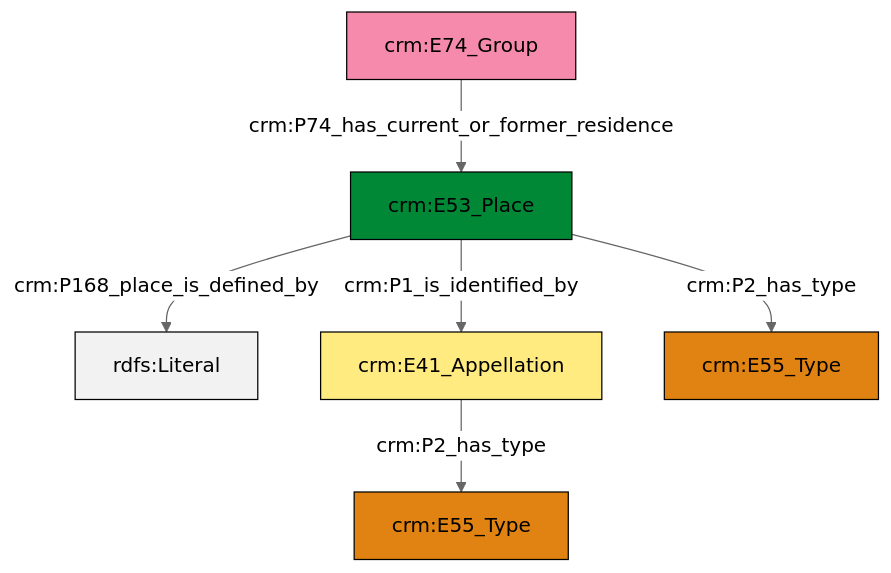
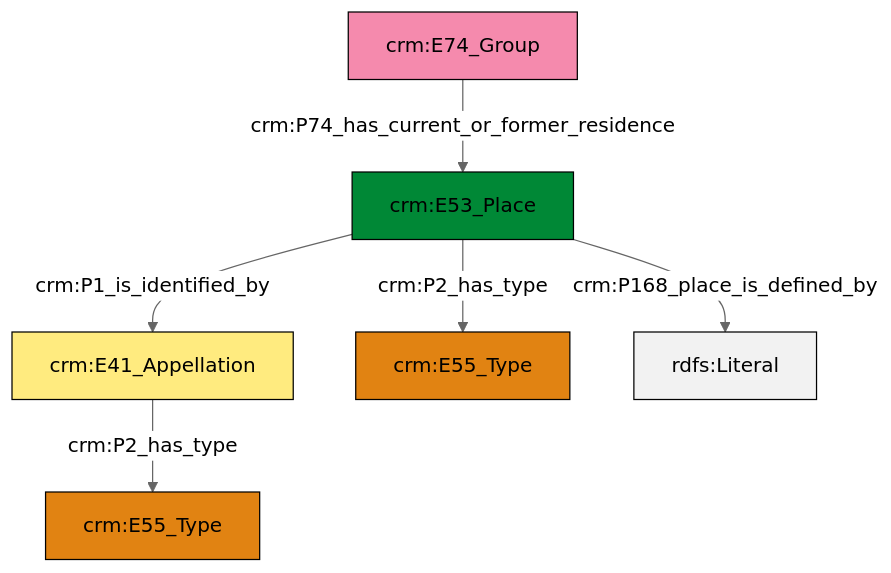
Before and after one commit to swiss-art-research-net/reference-data-models: the diagram in et/groupCSV/ttl/mmd/group_location.ttl.mmd, drawn with Mermaid (neutral theme). The commit also changed 123 other files, not shown here.

```diff
--- a/et/groupCSV/ttl/mmd/group_location.ttl.mmd
+++ b/et/groupCSV/ttl/mmd/group_location.ttl.mmd
@@ -1,20 +1,20 @@
 graph TD
 classDef Literal fill:#f2f2f2,stroke:#000000;
 classDef CRM_Entity fill:#FFFFFF,stroke:#000000;
 classDef Temporal_Entity fill:#00C9E6, stroke:#000000;
 classDef Type fill:#E18312, stroke:#000000;
 classDef Time-Span fill:#2C9C91, stroke:#000000;
 classDef Appellation fill:#FFEB7F, stroke:#000000;
 classDef Place fill:#008836, stroke:#000000;
 classDef Persistent_Item fill:#B266B2, stroke:#000000;
 classDef Conceptual_Object fill:#FFD700, stroke:#000000;
 classDef Physical_Thing fill:#D2B48C, stroke:#000000;
 classDef Actor fill:#f58aad, stroke:#000000;
 classDef PC_Classes fill:#4ce600, stroke:#000000;
 classDef Multi fill:#cccccc,stroke:#000000;
 
-0["crm:E53_Place"]:::Place -->|crm:P168_place_is_defined_by| 1[rdfs:Literal]:::Literal
-4["crm:E41_Appellation"]:::Appellation -->|crm:P2_has_type| 6["crm:E55_Type"]:::Type
-2["crm:E74_Group"]:::Actor -->|crm:P74_has_current_or_former_residence| 0["crm:E53_Place"]:::Place
-0["crm:E53_Place"]:::Place -->|crm:P1_is_identified_by| 4["crm:E41_Appellation"]:::Appellation
-0["crm:E53_Place"]:::Place -->|crm:P2_has_type| 8["crm:E55_Type"]:::Type
+2["crm:E53_Place"]:::Place -->|crm:P1_is_identified_by| 0["crm:E41_Appellation"]:::Appellation
+2["crm:E53_Place"]:::Place -->|crm:P2_has_type| 6["crm:E55_Type"]:::Type
+4["crm:E74_Group"]:::Actor -->|crm:P74_has_current_or_former_residence| 2["crm:E53_Place"]:::Place
+0["crm:E41_Appellation"]:::Appellation -->|crm:P2_has_type| 8["crm:E55_Type"]:::Type
+2["crm:E53_Place"]:::Place -->|crm:P168_place_is_defined_by| 11[rdfs:Literal]:::Literal
```
